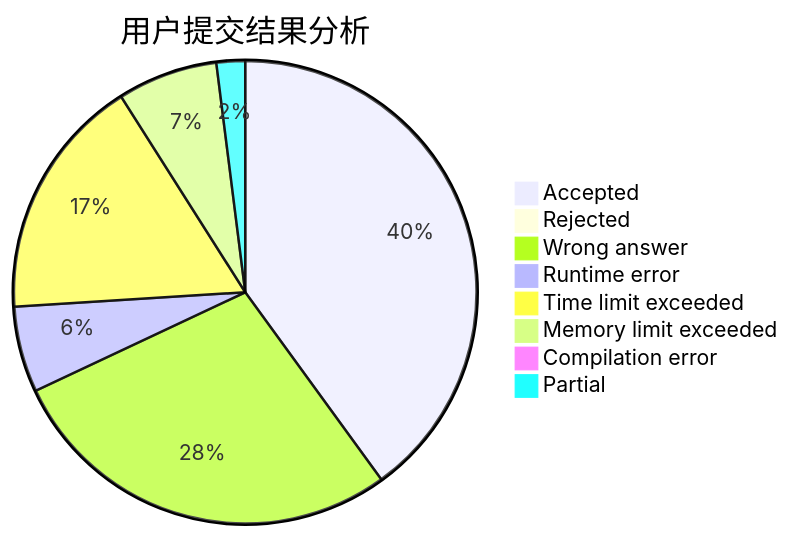
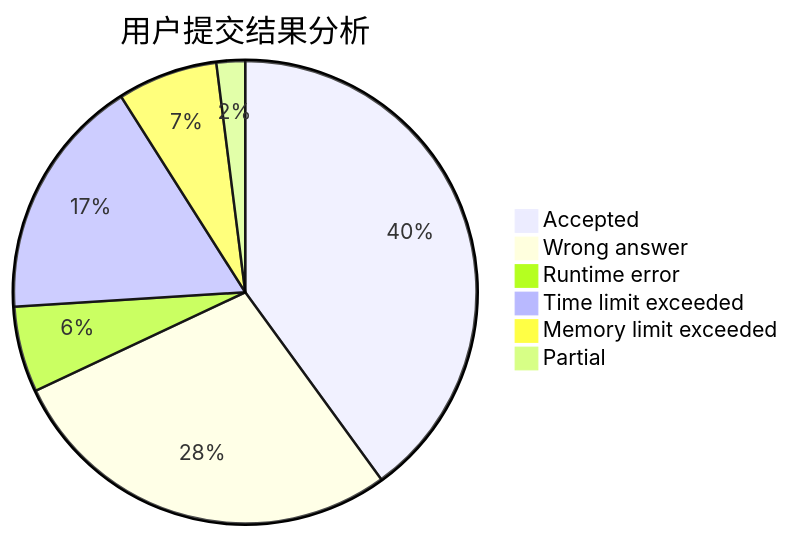
Before and after one commit to sherpahu/cfrs.github.io: the first of 3 diagrams in docs/user/u2239.md, drawn with Mermaid. The commit also changed 2770 other files, not shown here.

````diff
--- a/docs/user/u2239.md
+++ b/docs/user/u2239.md
@@ -5,11 +5,9 @@
 ```mermaid
 pie title 用户提交结果分析
     "Accepted" :  40
-    "Rejected" :  0
     "Wrong answer" :  28
     "Runtime error" :  6
     "Time limit exceeded" :  17
     "Memory limit exceeded" :  7
-    "Compilation error" :  0
     "Partial" :  2
 ```
````
